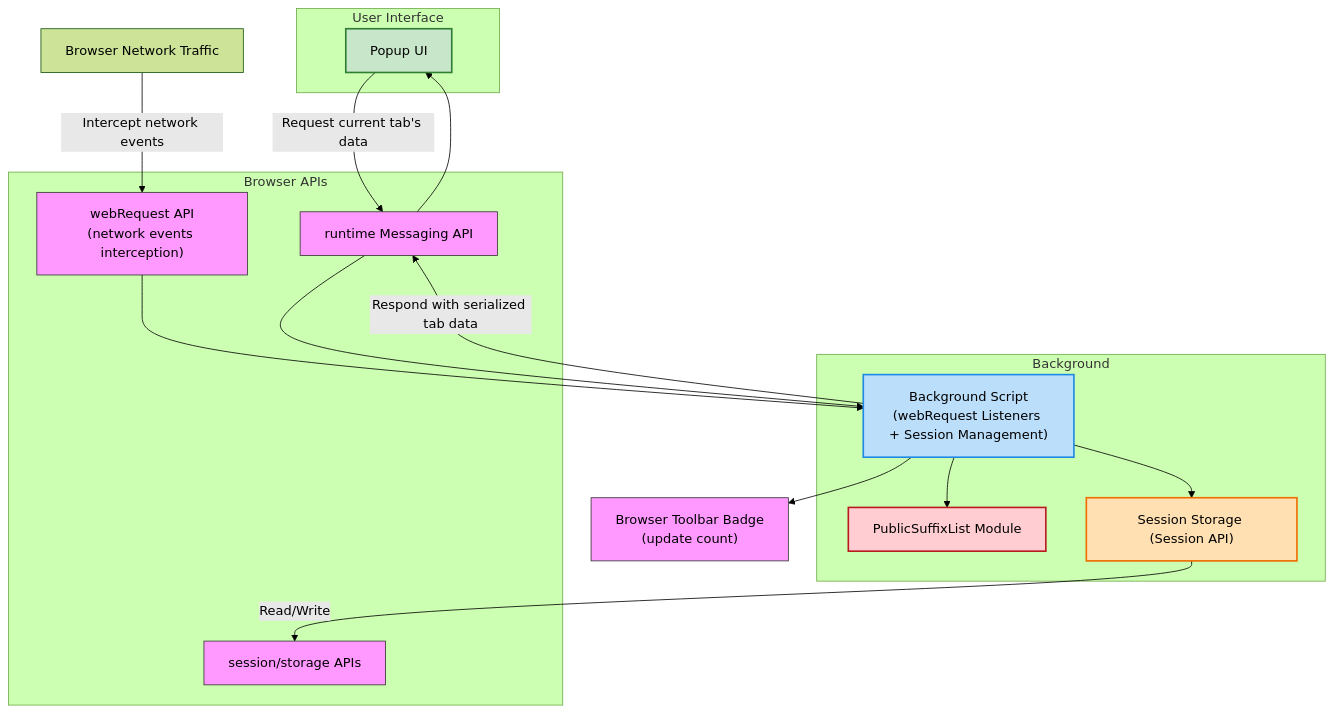
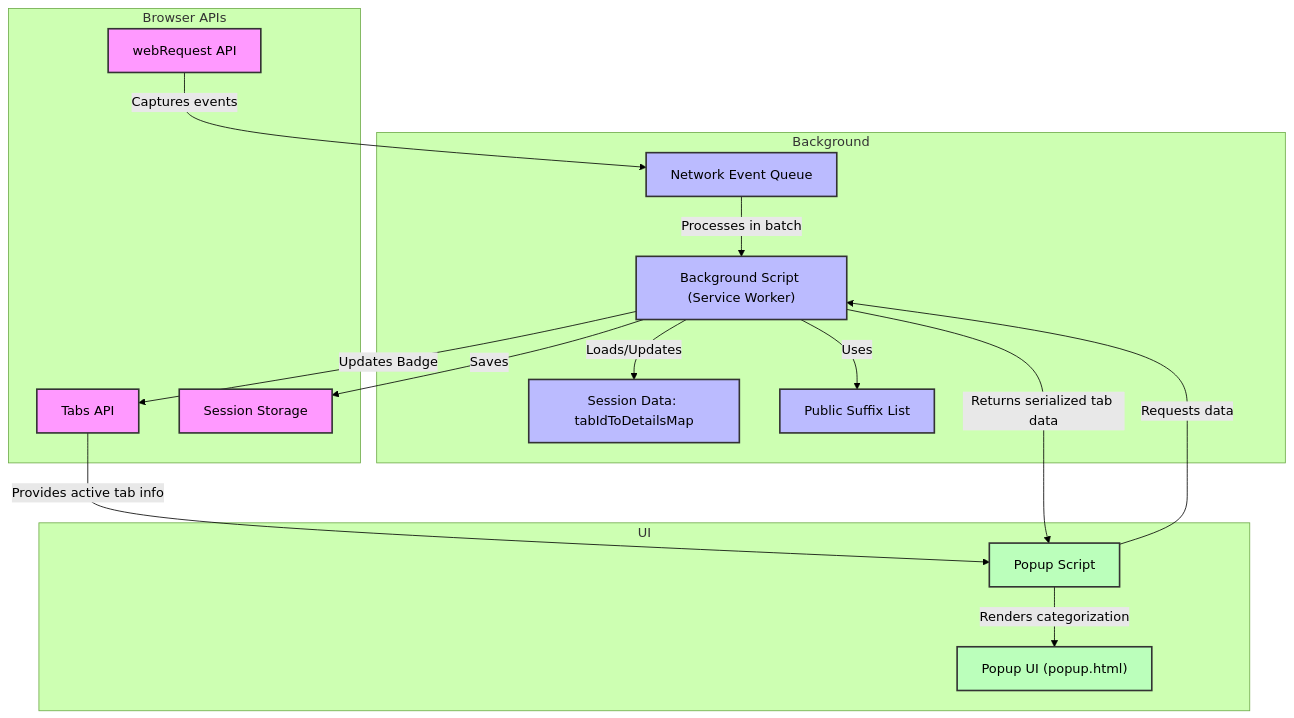
Before and after one commit to clidey/docucod-public-project-adf15a81-508f-4f0d-9083-12549e1f66a0: the diagram in overview/concepts-architecture/architecture-overview.mdx, drawn with Mermaid (forest theme). The commit also changed other lines of this file and 20 other files, not shown here.

````diff
--- a/overview/concepts-architecture/architecture-overview.mdx
+++ b/overview/concepts-architecture/architecture-overview.mdx
@@ -23,48 +80,39 @@
 ```mermaid
 flowchart TD
-
-  subgraph User Interface
-    PopupUI["Popup UI"]
+  subgraph Browser APIs
+    WebRequest["webRequest API"]
+    Tabs["Tabs API"]
+    Storage["Session Storage"]
   end
 
   subgraph Background
-    BackgroundScript["Background Script\n(webRequest Listeners + Session Management)"]
-    PublicSuffixList["PublicSuffixList Module"]
-    SessionStorage["Session Storage (Session API)"]
+    BGServiceWorker["Background Script (Service Worker)"]
+    SessionData["Session Data: tabIdToDetailsMap"]
+    PSL["Public Suffix List"]
+    EventQueue["Network Event Queue"]
   end
 
-  subgraph Browser APIs
-    WebRequestAPI["webRequest API\n(network events interception)"]
-    MessagingAPI["runtime Messaging API"]
-    StorageAPI["session/storage APIs"]
+  subgraph UI
+    PopupScript["Popup Script"]
+    PopupUI["Popup UI (popup.html)"]
   end
 
-  %% Event flow from Browser to Background
-  BrowserNetwork["Browser Network Traffic"] -->|Intercept network events| WebRequestAPI
-  WebRequestAPI --> BackgroundScript
+  WebRequest -- Captures events --> EventQueue
+  EventQueue -- Processes in batch --> BGServiceWorker
+  BGServiceWorker -- Loads/Updates --> SessionData
+  BGServiceWorker -- Uses --> PSL
+  BGServiceWorker -- Updates Badge --> Tabs
+  BGServiceWorker -- Saves --> Storage
+  Tabs -- Provides active tab info --> PopupScript
+  PopupScript -- Requests data --> BGServiceWorker
+  BGServiceWorker -- Returns serialized tab data --> PopupScript
+  PopupScript -- Renders categorization --> PopupUI
 
-  %% Background processing and data management
-  BackgroundScript --> PublicSuffixList
-  BackgroundScript --> SessionStorage
+  classDef browserAPI fill:#f9f,stroke:#333,stroke-width:2px;
+  classDef background fill:#bbf,stroke:#333,stroke-width:2px;
+  classDef ui fill:#bfb,stroke:#333,stroke-width:2px;
 
-  %% Data sync and persistence
-  SessionStorage -- Read/Write --> StorageAPI
-
-  %% Communication with Popup UI
-  PopupUI -- Request current tab's data --> MessagingAPI
-  MessagingAPI --> BackgroundScript
-  BackgroundScript -- Respond with serialized tab data --> MessagingAPI
-  MessagingAPI --> PopupUI
-
-  %% Update Badge Count
-  BackgroundScript --> BrowserAPIBadge["Browser Toolbar Badge\n(update count)"]
-
-  classDef api fill:#f9f,stroke:#333,stroke-width:1px;
-  class WebRequestAPI,MessagingAPI,StorageAPI,BrowserAPIBadge api;
-
-  style BackgroundScript fill:#bbdefb,stroke:#1e88e5,stroke-width:2px;
-  style PopupUI fill:#c8e6c9,stroke:#2e7d32,stroke-width:2px;
-  style PublicSuffixList fill:#ffcdd2,stroke:#b71c1c,stroke-width:2px;
-  style SessionStorage fill:#ffe0b2,stroke:#ef6c00,stroke-width:2px;
-
+  class WebRequest,Tabs,Storage browserAPI;
+  class BGServiceWorker,SessionData,PSL,EventQueue background;
+  class PopupScript,PopupUI ui;
 ```
````
